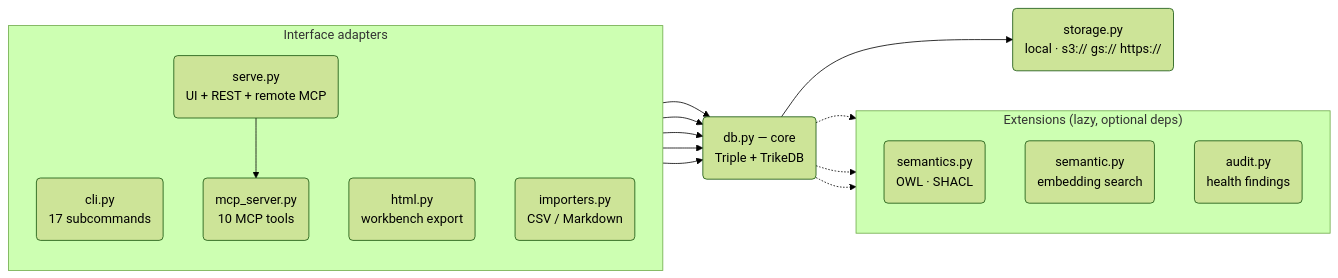
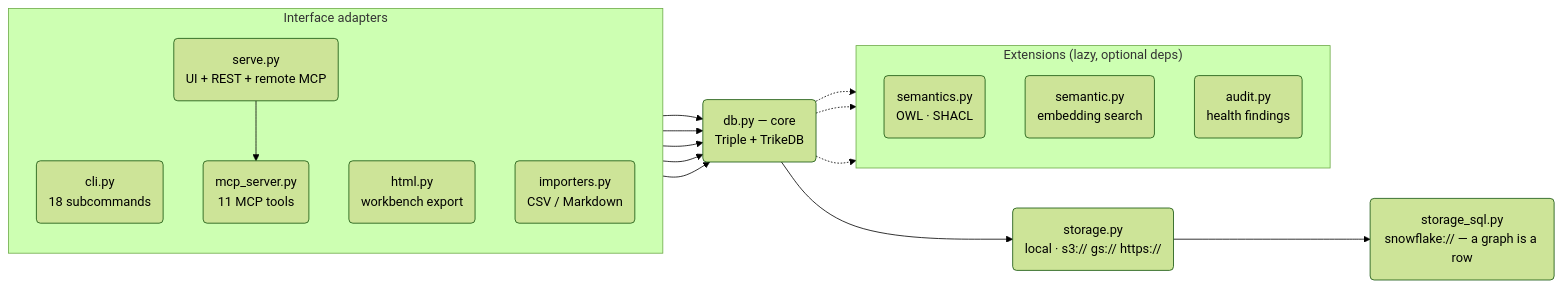
Before and after one commit to RyutoYoda/trikedb: the diagram in docs/ARCHITECTURE.md, drawn with Mermaid (forest theme). The commit also changed other lines of this file and 1 other file, not shown here.

First line of the commit message:
docs: ARCHITECTURE/SCALING に 0.20.0 のstorage_sql層を反映。ついでに陳腐化した数を修正

````diff
--- a/docs/ARCHITECTURE.md
+++ b/docs/ARCHITECTURE.md
@@ -6,33 +6,35 @@
 ```mermaid
 flowchart LR
     subgraph adapters["Interface adapters"]
         direction TB
-        CLI("cli.py<br/>17 subcommands")
-        MCP("mcp_server.py<br/>10 MCP tools")
+        CLI("cli.py<br/>18 subcommands")
+        MCP("mcp_server.py<br/>11 MCP tools")
         SERVE("serve.py<br/>UI + REST + remote MCP")
         HTML("html.py<br/>workbench export")
         IMP("importers.py<br/>CSV / Markdown")
     end
 
     CORE("db.py — core<br/>Triple + TrikeDB")
 
     subgraph ext["Extensions (lazy, optional deps)"]
         direction TB
         SEM("semantics.py<br/>OWL · SHACL")
         EMB("semantic.py<br/>embedding search")
         AUD("audit.py<br/>health findings")
     end
 
     STORE("storage.py<br/>local · s3:// gs:// https://")
+    SQL("storage_sql.py<br/>snowflake:// — a graph is a row")
 
     SERVE --> MCP
     CLI --> CORE
     MCP --> CORE
     SERVE --> CORE
     HTML --> CORE
     IMP --> CORE
     CORE --> STORE
+    STORE --> SQL
     CORE -.-> SEM
     CORE -.-> EMB
     CORE -.-> AUD
 ```
````
